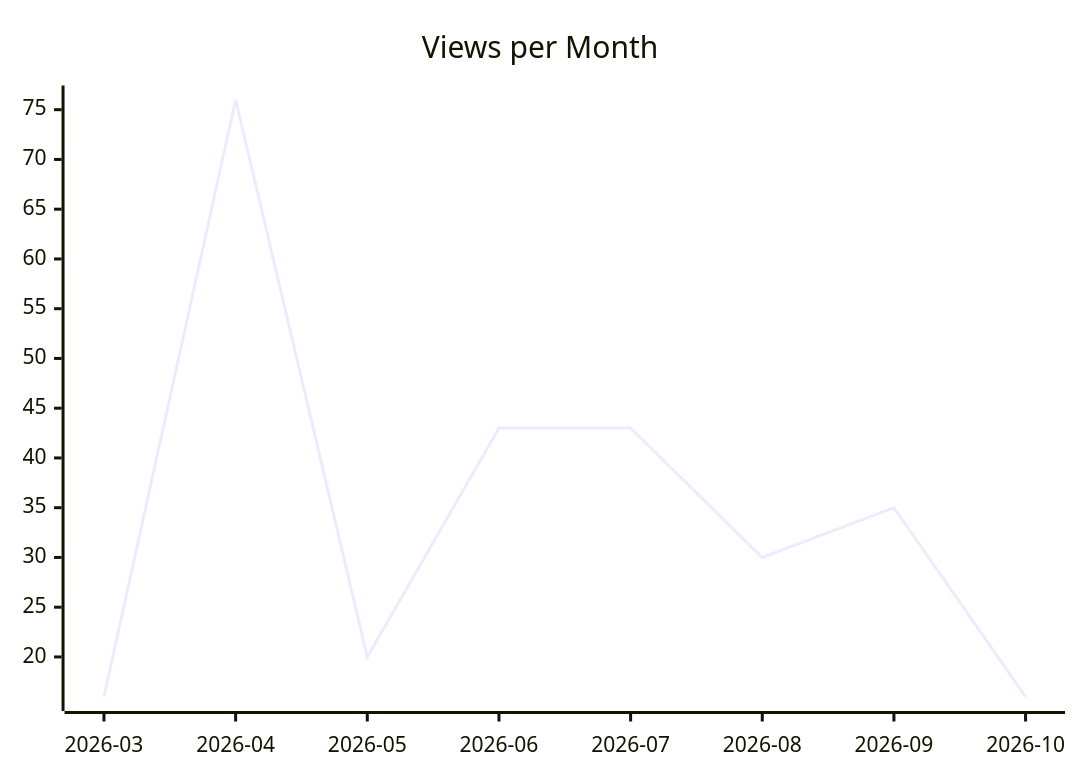
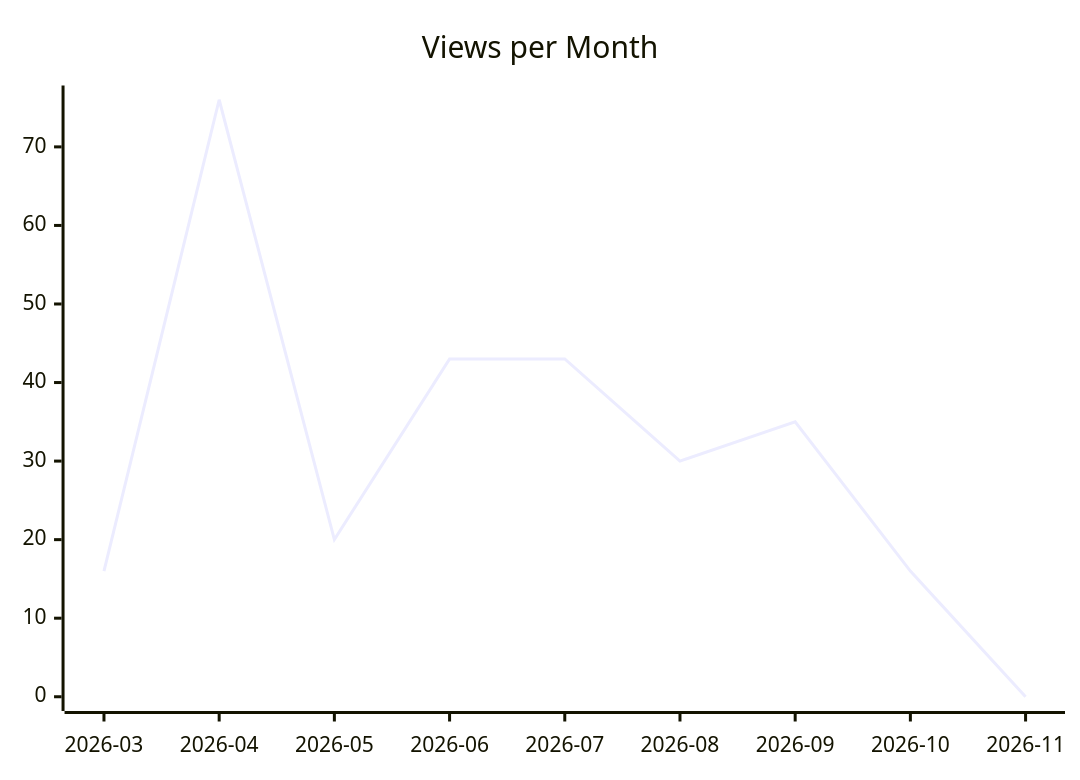
The second of 3 diagrams in karlmdavis/ksoap2-android/README.md (justdavis-family/github-analytics-data), drawn with Mermaid before and after one commit. The commit also changed other lines of this file and 201 other files, not shown here.

````diff
--- a/karlmdavis/ksoap2-android/README.md
+++ b/karlmdavis/ksoap2-android/README.md
@@ -12,6 +12,6 @@
 ```mermaid
 xychart-beta
   title "Views per Month"
-  x-axis ["2026-03", "2026-04", "2026-05", "2026-06", "2026-07", "2026-08", "2026-09", "2026-10"]
-  line [16, 76, 20, 43, 43, 30, 35, 16]
+  x-axis ["2026-03", "2026-04", "2026-05", "2026-06", "2026-07", "2026-08", "2026-09", "2026-10", "2026-11"]
+  line [16, 76, 20, 43, 43, 30, 35, 16, 0]
 ```
````
